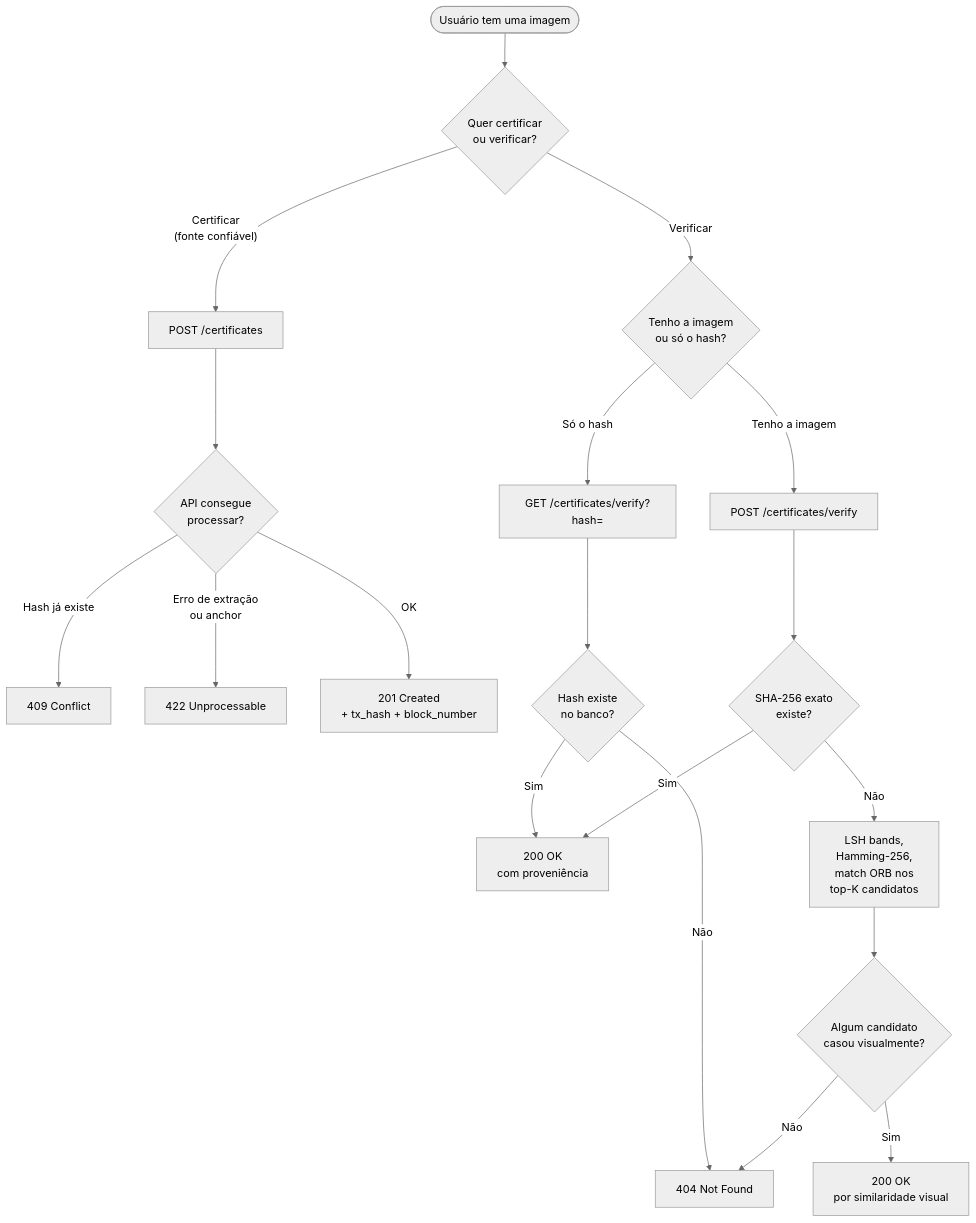
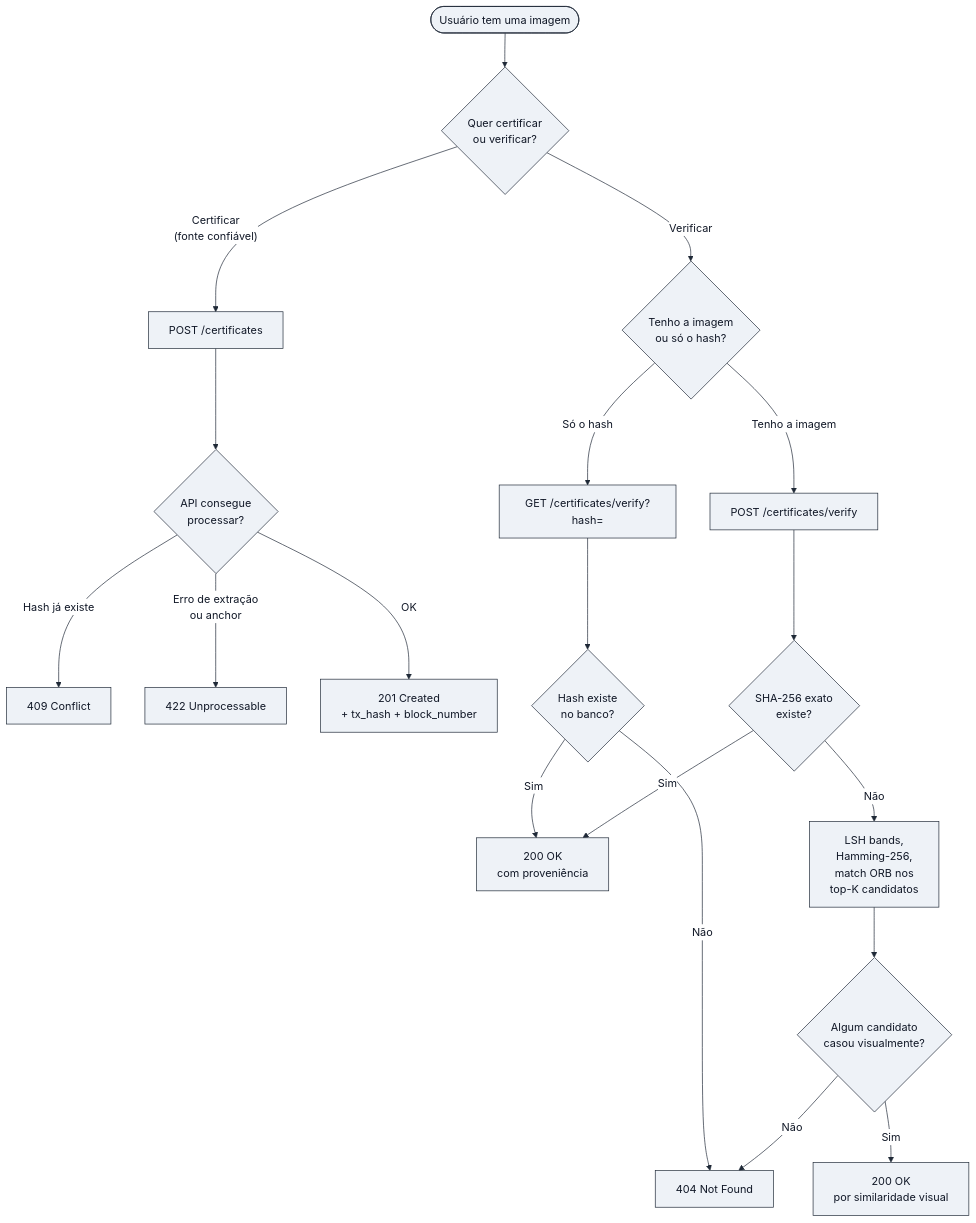
Before and after one commit to waizbart/aletheia-api: the first of 3 diagrams in docs/USAGE_FLOW.md, drawn with Mermaid. The commit also changed other lines of this file and 2 other files, not shown here.

First line of the commit message:
docs: lock mermaid colors so diagrams stay legible on GitHub dark mode

````diff
--- a/docs/USAGE_FLOW.md
+++ b/docs/USAGE_FLOW.md
@@ -9,25 +9,25 @@
 ```mermaid
-%%{init: {'theme': 'neutral'}}%%
+%%{init: {'theme':'base','themeVariables':{'background':'#ffffff','primaryColor':'#eef2f7','primaryBorderColor':'#1f2937','primaryTextColor':'#111827','lineColor':'#1f2937','textColor':'#111827','actorBkg':'#eef2f7','actorBorder':'#1f2937','actorTextColor':'#111827','actorLineColor':'#94a3b8','signalColor':'#1f2937','signalTextColor':'#111827','labelBoxBkgColor':'#fef3c7','labelBoxBorderColor':'#1f2937','labelTextColor':'#111827','loopTextColor':'#111827','noteBorderColor':'#b45309','noteBkgColor':'#fef3c7','noteTextColor':'#111827','activationBorderColor':'#1f2937','activationBkgColor':'#d1d5db','sequenceNumberColor':'#ffffff','edgeLabelBackground':'#ffffff'}}}%%
 flowchart TD
     START(["Usuário tem uma imagem"]) --> Q1{Quer certificar<br/>ou verificar?}
 
     Q1 -- "Certificar<br/>(fonte confiável)" --> C1["POST /certificates"]
     C1 --> C2{API consegue<br/>processar?}
     C2 -- "Hash já existe" --> C_DUP["409 Conflict"]
     C2 -- "Erro de extração<br/>ou anchor" --> C_ERR["422 Unprocessable"]
     C2 -- "OK" --> C3["201 Created<br/>+ tx_hash + block_number"]
 
     Q1 -- "Verificar" --> V0{Tenho a imagem<br/>ou só o hash?}
     V0 -- "Só o hash" --> V_H["GET /certificates/verify?hash="]
     V_H --> V_H_R{Hash existe<br/>no banco?}
     V_H_R -- "Sim" --> V_OK["200 OK<br/>com proveniência"]
     V_H_R -- "Não" --> V_NO["404 Not Found"]
 
     V0 -- "Tenho a imagem" --> V_F["POST /certificates/verify"]
     V_F --> V_F1{SHA-256 exato<br/>existe?}
     V_F1 -- "Sim" --> V_OK
     V_F1 -- "Não" --> V_F3["LSH bands,<br/>Hamming-256,<br/>match ORB nos<br/>top-K candidatos"]
     V_F3 --> V_F4{Algum candidato<br/>casou visualmente?}
     V_F4 -- "Sim" --> V_OK_SIM["200 OK<br/>por similaridade visual"]
     V_F4 -- "Não" --> V_NO
 ```
````
